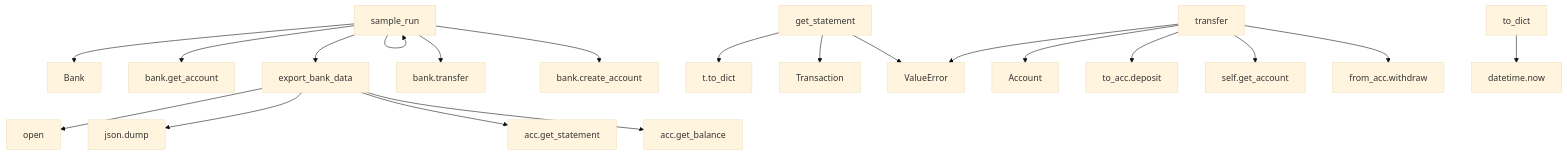
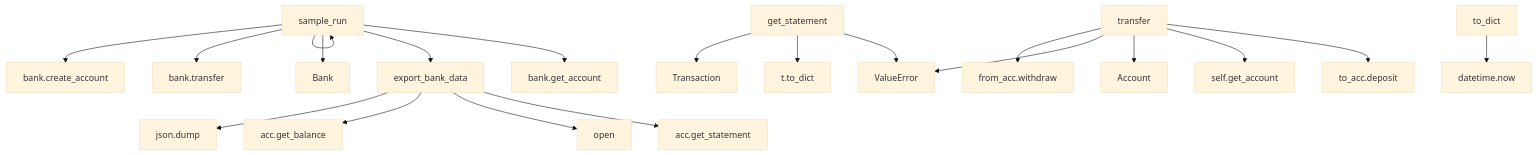
The diagram in backend/output/diagrams/call_flow_diagram.mmd (HARINI2806/AI_Code_Assistant), drawn with Mermaid (base theme) before and after one commit. The commit also changed other lines of this file and 5 other files, not shown here.

```diff
--- a/backend/output/diagrams/call_flow_diagram.mmd
+++ b/backend/output/diagrams/call_flow_diagram.mmd
@@ -1,20 +1,20 @@
 flowchart TD
     sample_run[sample_run] --> bank_create_account[bank.create_account]
+    sample_run[sample_run] --> bank_transfer[bank.transfer]
     sample_run[sample_run] --> sample_run[sample_run]
-    sample_run[sample_run] --> bank_transfer[bank.transfer]
+    sample_run[sample_run] --> Bank[Bank]
     sample_run[sample_run] --> export_bank_data[export_bank_data]
     sample_run[sample_run] --> bank_get_account[bank.get_account]
-    sample_run[sample_run] --> Bank[Bank]
-    get_statement[get_statement] --> ValueError[ValueError]
     get_statement[get_statement] --> Transaction[Transaction]
     get_statement[get_statement] --> t_to_dict[t.to_dict]
+    get_statement[get_statement] --> ValueError[ValueError]
     transfer[transfer] --> from_acc_withdraw[from_acc.withdraw]
+    transfer[transfer] --> ValueError[ValueError]
+    transfer[transfer] --> Account[Account]
     transfer[transfer] --> self_get_account[self.get_account]
     transfer[transfer] --> to_acc_deposit[to_acc.deposit]
-    transfer[transfer] --> Account[Account]
-    transfer[transfer] --> ValueError[ValueError]
     to_dict[to_dict] --> datetime_now[datetime.now]
+    export_bank_data[export_bank_data] --> json_dump[json.dump]
     export_bank_data[export_bank_data] --> acc_get_balance[acc.get_balance]
+    export_bank_data[export_bank_data] --> open[open]
     export_bank_data[export_bank_data] --> acc_get_statement[acc.get_statement]
-    export_bank_data[export_bank_data] --> json_dump[json.dump]
-    export_bank_data[export_bank_data] --> open[open]
```
